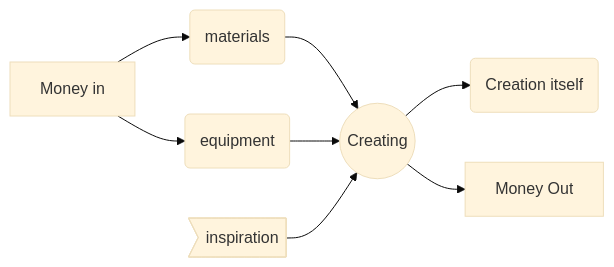
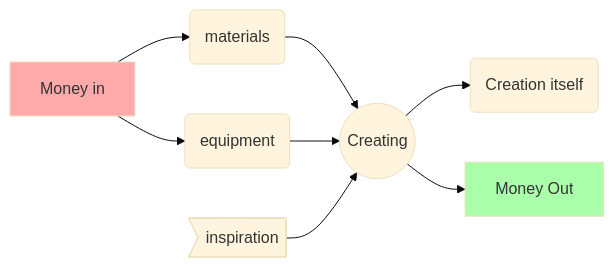
Before and after one commit to aarongilly/aarongilly.github.io: the first of 2 diagrams in _posts/2023-3-16-432.md, drawn with Mermaid (base theme). The commit also changed other lines of this file, not shown here.

````diff
--- a/_posts/2023-3-16-432.md
+++ b/_posts/2023-3-16-432.md
@@ -29,10 +29,12 @@
 ```mermaid
 graph LR
 i[Money in] --> m(materials)
 i --> ce(equipment)
 m --> c((Creating))
 ce --> c
 in>inspiration] --> c
 c --> co(Creation itself)
 c --> o[Money Out]
+style o fill:#afa
+style i fill:#faa
 ```
````
